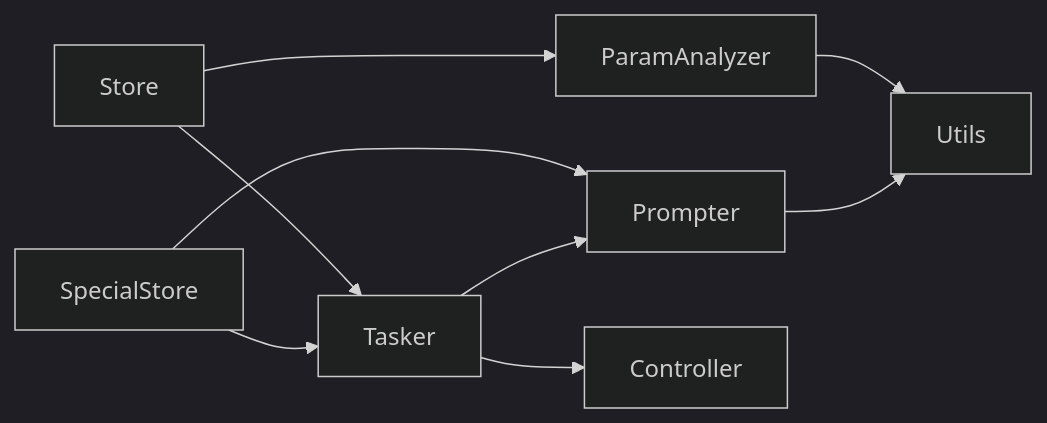
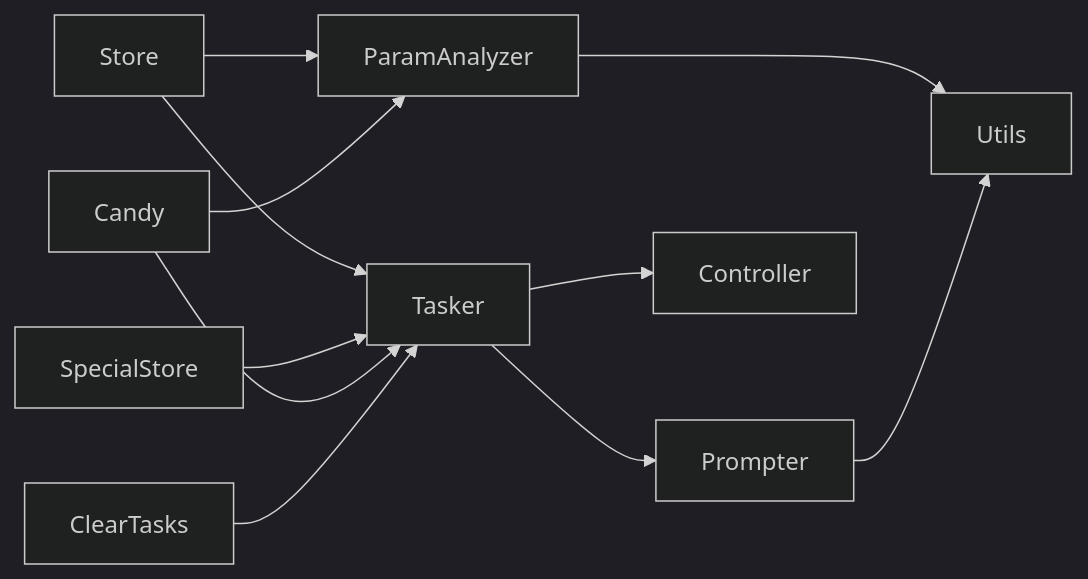
One commit to kqcoxn/MaaDuDuL changed diagram 13 of 13 in .qoder/repowiki/zh/content/核心功能详解/日常任务功能/每日采购功能.md. Above: the diagram before and after it, drawn with Mermaid (dark theme). The commit also changed other lines of this file and 9 other files, not shown here.

````diff
--- a/.qoder/repowiki/zh/content/核心功能详解/日常任务功能/每日采购功能.md
+++ b/.qoder/repowiki/zh/content/核心功能详解/日常任务功能/每日采购功能.md
@@ -505,11 +590,13 @@
 ```mermaid
 graph LR
 Store --> Tasker
 Store --> ParamAnalyzer
 SpecialStore --> Tasker
-SpecialStore --> Prompter
+Candy --> Tasker
+Candy --> ParamAnalyzer
+ClearTasks --> Tasker
 Tasker --> Prompter
 Tasker --> Controller
 ParamAnalyzer --> Utils
 Prompter --> Utils
 ```
````
